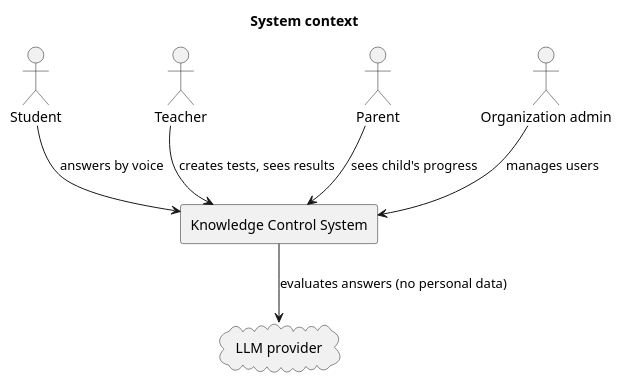
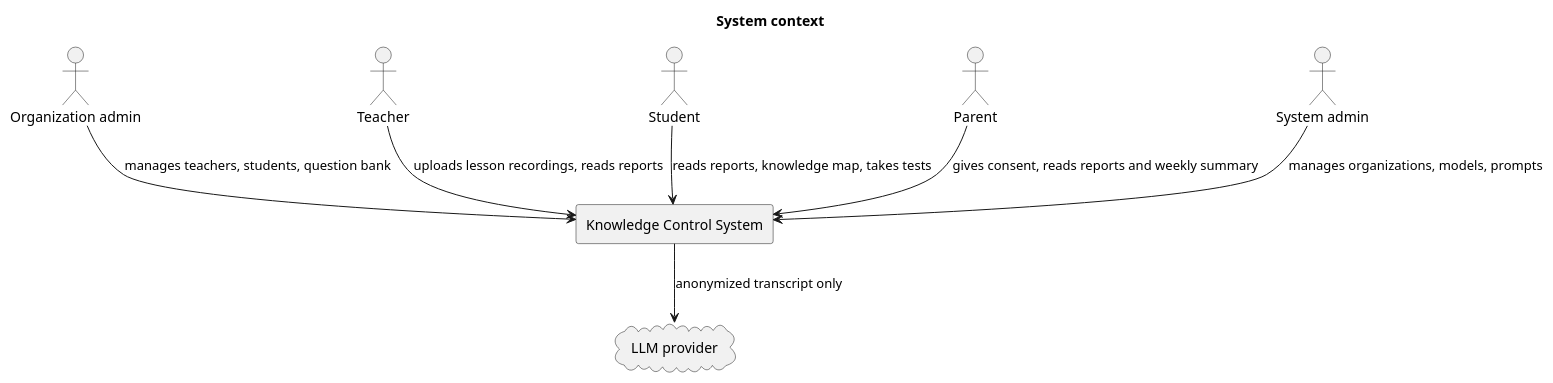
The diagram in diagrams/src/context.puml (ETairkhan/diplomka), drawn with PlantUML before and after one commit. The commit also changed 45 other files, not shown here.

```diff
--- a/diagrams/src/context.puml
+++ b/diagrams/src/context.puml
@@ -1,18 +1,20 @@
 @startuml context
 title System context
 
+actor "Organization admin" as admin
+actor "Teacher" as teacher
 actor "Student" as student
-actor "Teacher" as teacher
 actor "Parent" as parent
-actor "Organization admin" as admin
+actor "System admin" as sysadmin
 
 rectangle "Knowledge Control System" as system
 
 cloud "LLM provider" as llm
 
-student --> system : answers by voice
-teacher --> system : creates tests, sees results
-parent --> system : sees child's progress
-admin --> system : manages users
-system --> llm : evaluates answers (no personal data)
+admin --> system : manages teachers, students, question bank
+teacher --> system : uploads lesson recordings, reads reports
+student --> system : reads reports, knowledge map, takes tests
+parent --> system : gives consent, reads reports and weekly summary
+sysadmin --> system : manages organizations, models, prompts
+system --> llm : anonymized transcript only
 @enduml
```
